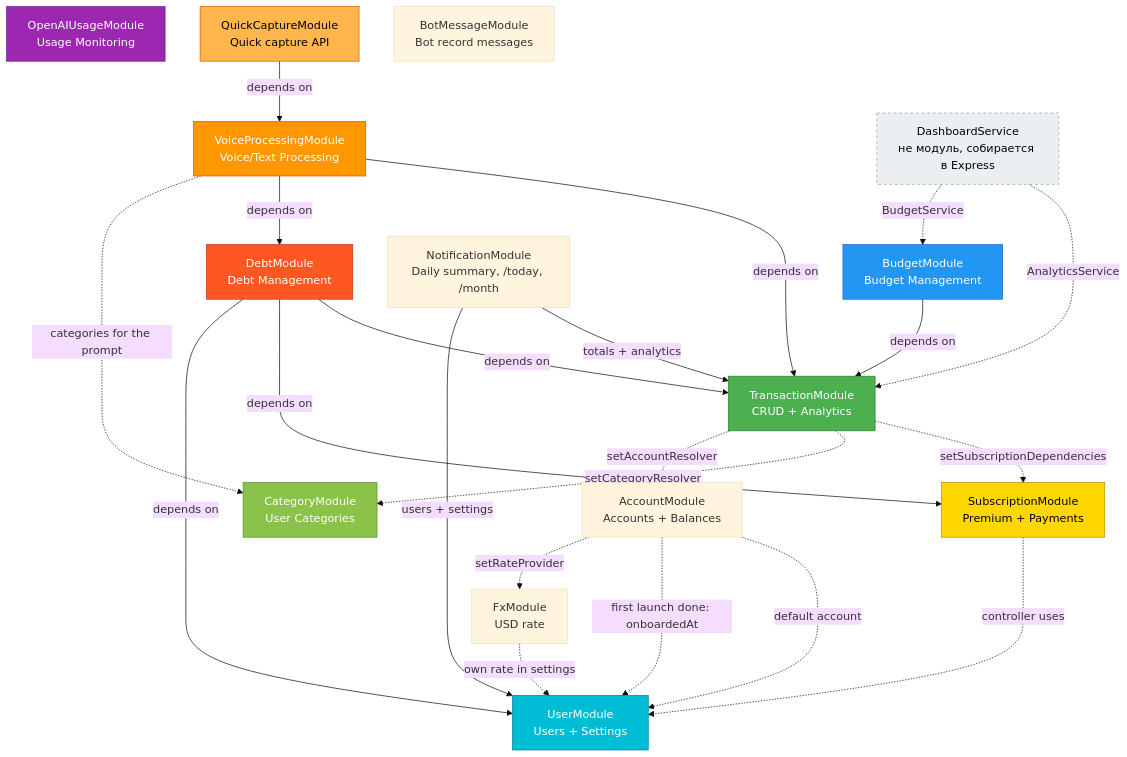
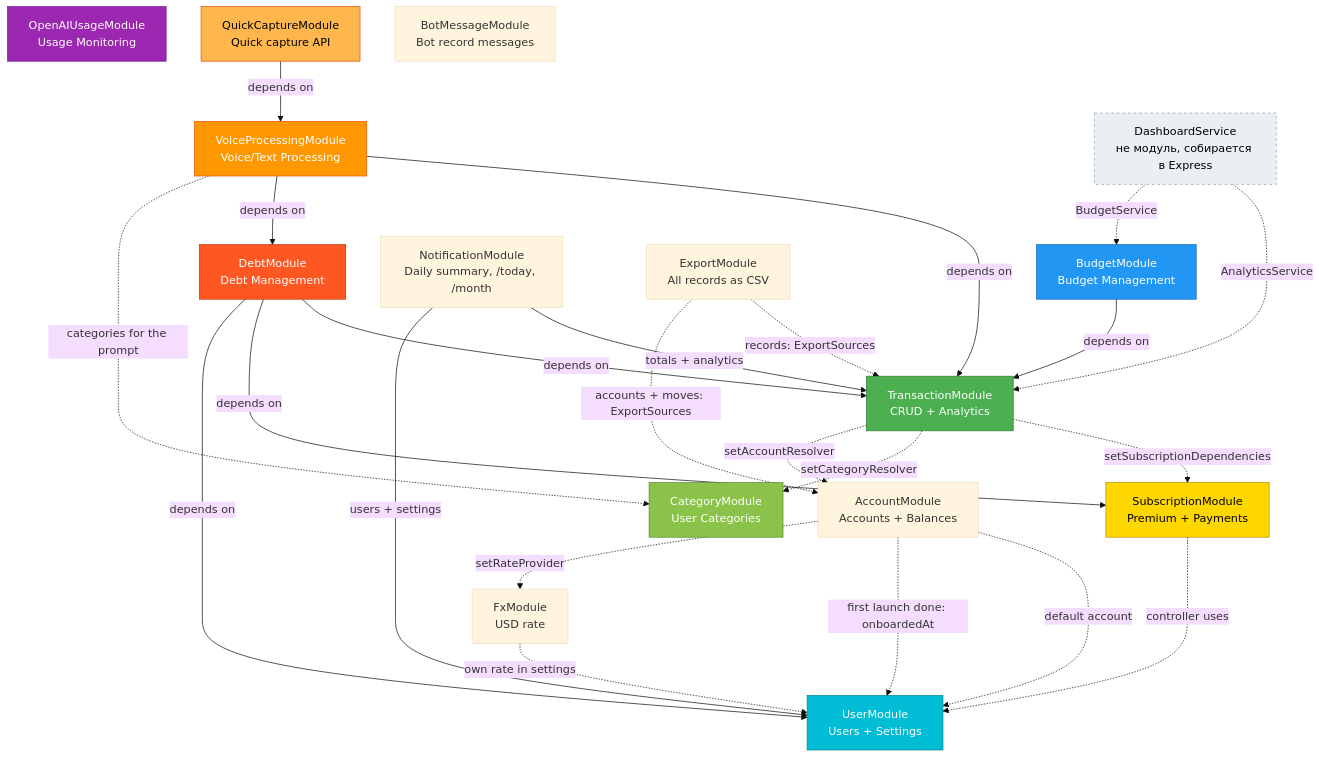
Before and after one commit to chollak/finance-tracker-backend: the diagram in docs/knowledge-base/01-architecture/modules.md, drawn with Mermaid (base theme). The commit also changed other lines of this file and 32 other files, not shown here.

First line of the commit message:
feat(export): «Скачать все записи» as CSV to the bot chat or the device (FT-126)

````diff
--- a/docs/knowledge-base/01-architecture/modules.md
+++ b/docs/knowledge-base/01-architecture/modules.md
@@ -9,49 +9,52 @@
 ```mermaid
 graph TD
     TM[TransactionModule<br/>CRUD + Analytics]
     BM[BudgetModule<br/>Budget Management]
     DeM[DebtModule<br/>Debt Management]
     VM[VoiceProcessingModule<br/>Voice/Text Processing]
     OM[OpenAIUsageModule<br/>Usage Monitoring]
     SM[SubscriptionModule<br/>Premium + Payments]
     UM[UserModule<br/>Users + Settings]
     CM[CategoryModule<br/>User Categories]
     AM[AccountModule<br/>Accounts + Balances]
     FM[FxModule<br/>USD rate]
     QM[QuickCaptureModule<br/>Quick capture API]
     BMM[BotMessageModule<br/>Bot record messages]
     NM[NotificationModule<br/>Daily summary, /today, /month]
+    EM[ExportModule<br/>All records as CSV]
     DS[DashboardService<br/>не модуль, собирается в Express]
 
     BM -->|depends on| TM
     DeM -->|depends on| TM
     DeM -->|depends on| SM
     DeM -->|depends on| UM
     VM -->|depends on| TM
     VM -->|depends on| DeM
     TM -.->|setSubscriptionDependencies| SM
     TM -.->|setCategoryResolver| CM
     TM -.->|setAccountResolver| AM
     AM -.->|default account| UM
     AM -.->|first launch done: onboardedAt| UM
     AM -.->|setRateProvider| FM
     FM -.->|own rate in settings| UM
     VM -.->|categories for the prompt| CM
     QM -->|depends on| VM
     NM -->|totals + analytics| TM
     NM -->|users + settings| UM
+    EM -.->|records: ExportSources| TM
+    EM -.->|accounts + moves: ExportSources| AM
     SM -.->|controller uses| UM
     DS -.->|AnalyticsService| TM
     DS -.->|BudgetService| BM
 
     style TM fill:#4CAF50,stroke:#2E7D32,color:#fff
     style BM fill:#2196F3,stroke:#1565C0,color:#fff
     style DeM fill:#FF5722,stroke:#BF360C,color:#fff
     style VM fill:#FF9800,stroke:#E65100,color:#fff
     style OM fill:#9C27B0,stroke:#6A1B9A,color:#fff
     style SM fill:#FFD700,stroke:#B8860B,color:#000
     style UM fill:#00BCD4,stroke:#00838F,color:#fff
     style CM fill:#8BC34A,stroke:#558B2F,color:#fff
     style QM fill:#FFB74D,stroke:#E65100,color:#000
     style DS fill:#ECEFF1,stroke:#90A4AE,color:#000,stroke-dasharray: 4 4
 ```
````
